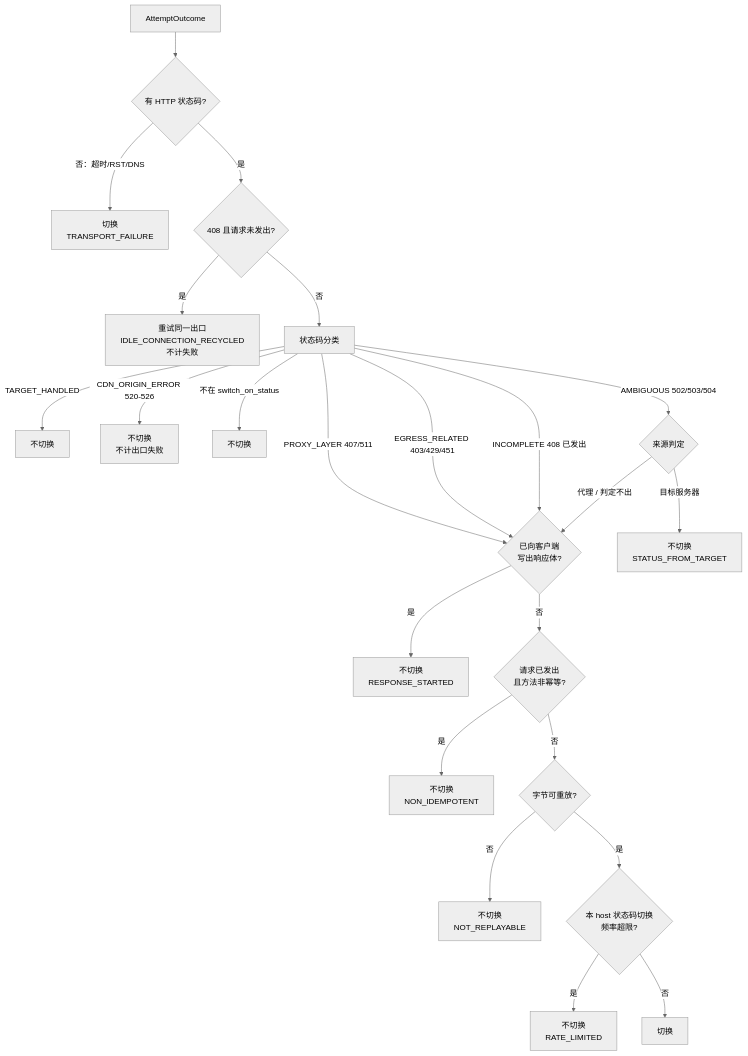
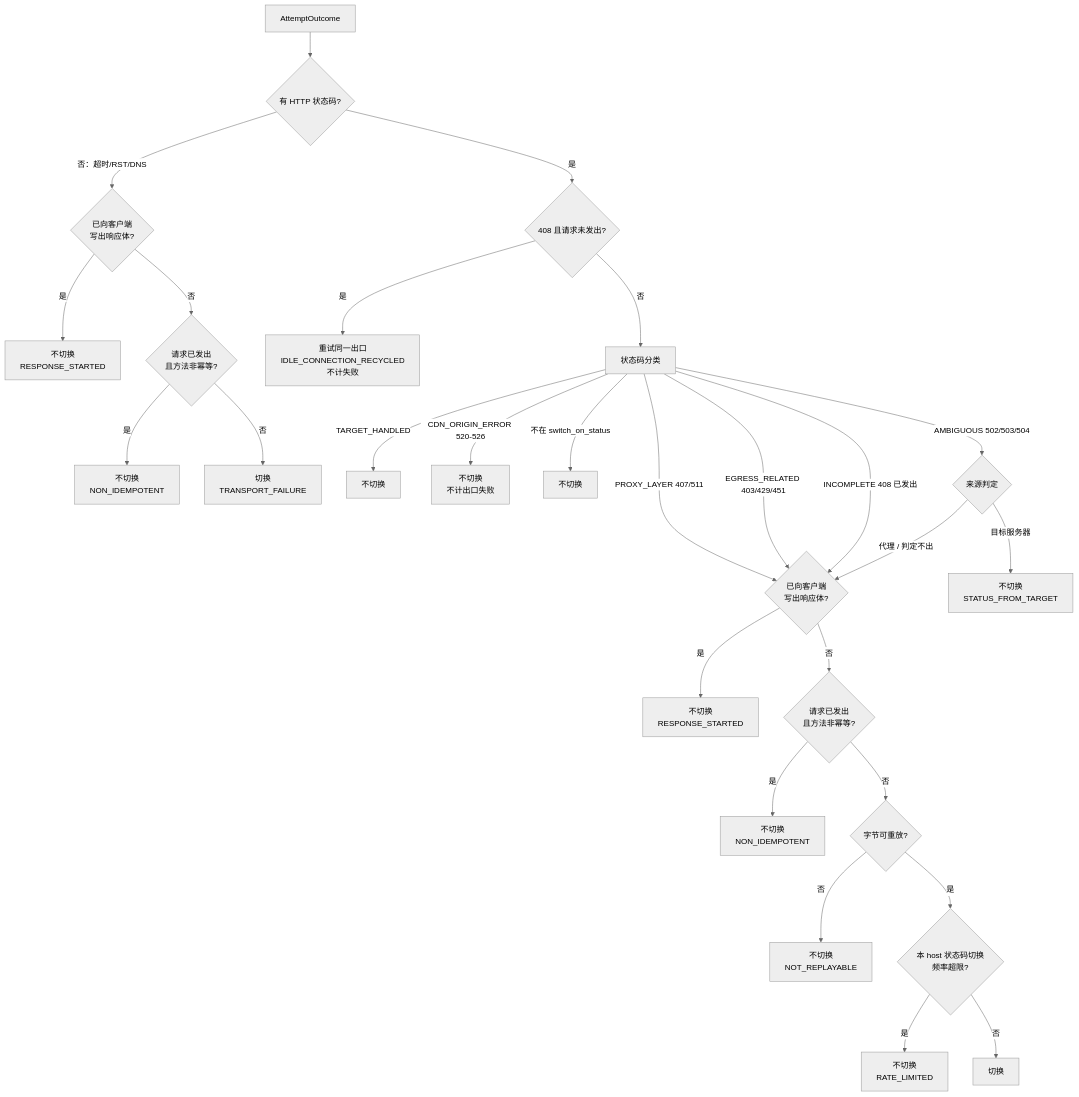
Before and after one commit to zx2015/r_proxy: the first of 3 diagrams in docs/design/DD_SWITCHING.md, drawn with Mermaid (neutral theme). The commit also changed other lines of this file and 6 other files, not shown here.

````diff
--- a/docs/design/DD_SWITCHING.md
+++ b/docs/design/DD_SWITCHING.md
@@ -91,30 +92,34 @@
 ```mermaid
 flowchart TD
     A[AttemptOutcome] --> B{有 HTTP 状态码?}
-    B -->|否：超时/RST/DNS| SW1[切换<br/>TRANSPORT_FAILURE]
+    B -->|否：超时/RST/DNS| T1{已向客户端<br/>写出响应体?}
+    T1 -->|是| K0[不切换<br/>RESPONSE_STARTED]
+    T1 -->|否| T2{请求已发出<br/>且方法非幂等?}
+    T2 -->|是| K9[不切换<br/>NON_IDEMPOTENT]
+    T2 -->|否| SW1[切换<br/>TRANSPORT_FAILURE]
 
     B -->|是| C{408 且请求未发出?}
     C -->|是| R[重试同一出口<br/>IDLE_CONNECTION_RECYCLED<br/>不计失败]
 
     C -->|否| D[状态码分类]
     D -->|TARGET_HANDLED| K1[不切换]
     D -->|CDN_ORIGIN_ERROR 520-526| K2[不切换<br/>不计出口失败]
     D -->|不在 switch_on_status| K3[不切换]
 
     D -->|PROXY_LAYER 407/511| E
     D -->|AMBIGUOUS 502/503/504| F{来源判定}
     D -->|EGRESS_RELATED 403/429/451| E
     D -->|INCOMPLETE 408 已发出| E
 
     F -->|目标服务器| K4[不切换<br/>STATUS_FROM_TARGET]
     F -->|代理 / 判定不出| E
 
     E{已向客户端<br/>写出响应体?} -->|是| K5[不切换<br/>RESPONSE_STARTED]
     E -->|否| G{请求已发出<br/>且方法非幂等?}
     G -->|是| K6[不切换<br/>NON_IDEMPOTENT]
     G -->|否| H{字节可重放?}
     H -->|否| K7[不切换<br/>NOT_REPLAYABLE]
     H -->|是| I{本 host 状态码切换<br/>频率超限?}
     I -->|是| K8[不切换<br/>RATE_LIMITED]
     I -->|否| SW2[切换]
 ```
````
